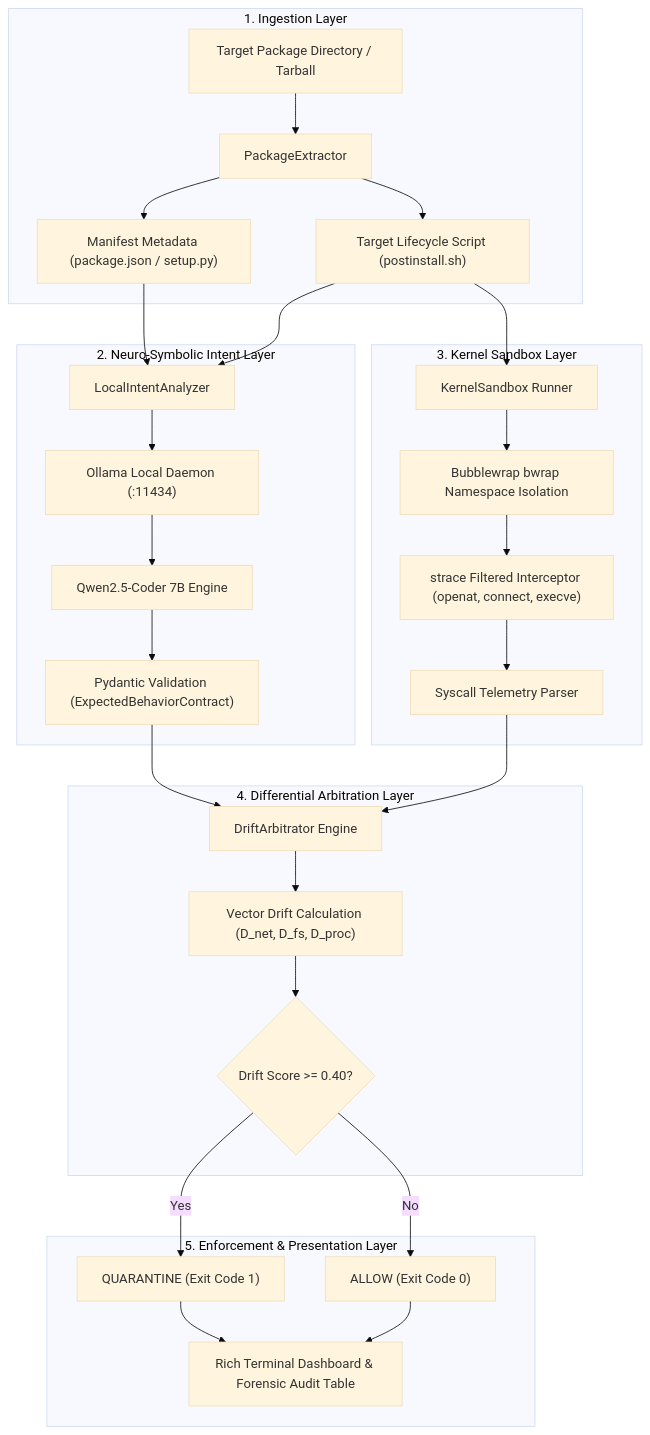
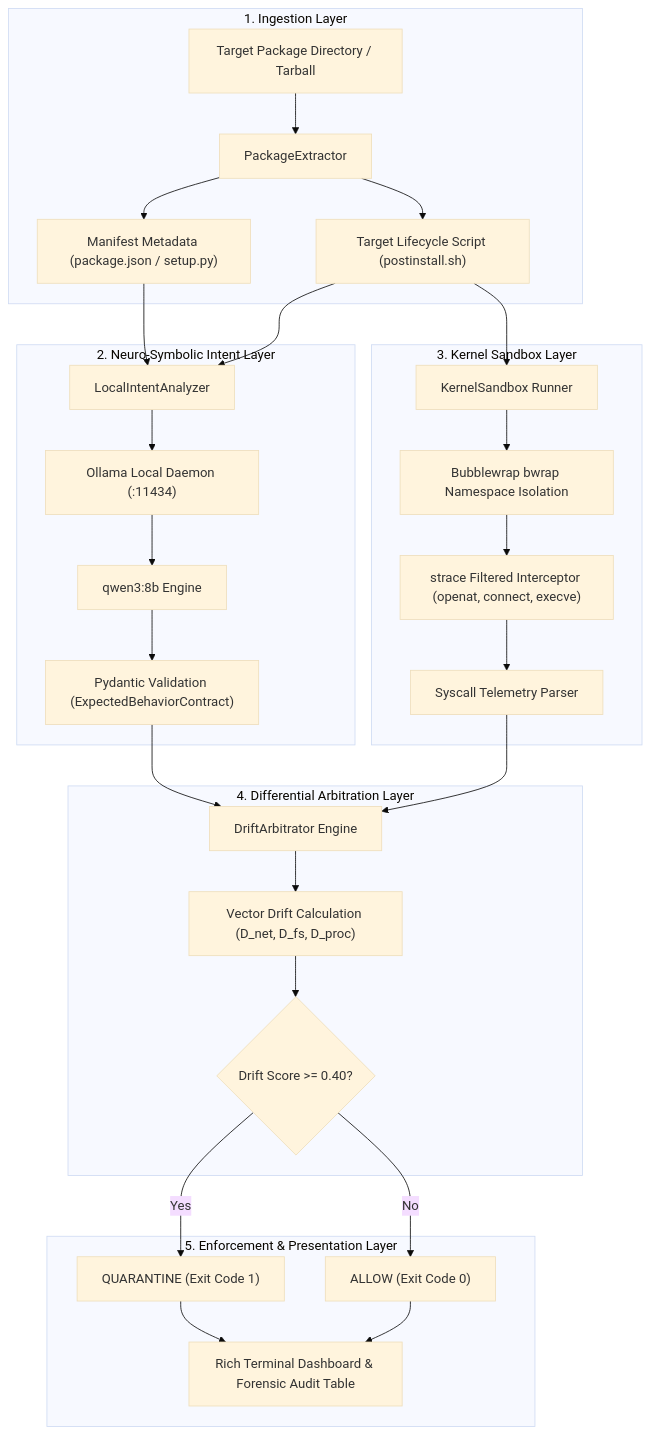
The first of 2 diagrams in README.md (Omsupe15/gatekeeper), drawn with Mermaid (base theme) before and after one commit. The commit also changed other lines of this file, not shown here.

````diff
--- a/README.md
+++ b/README.md
@@ -231,37 +231,37 @@
 ```mermaid
 graph TD
     subgraph INGESTION["1. Ingestion Layer"]
         A["Target Package Directory / Tarball"] --> B["PackageExtractor"]
         B --> C["Manifest Metadata (package.json / setup.py)"]
         B --> D["Target Lifecycle Script (postinstall.sh)"]
     end
 
     subgraph NEURO_SYMBOLIC["2. Neuro-Symbolic Intent Layer"]
         C --> E["LocalIntentAnalyzer"]
         D --> E
         E --> F["Ollama Local Daemon (:11434)"]
-        F --> G["Qwen2.5-Coder 7B Engine"]
+        F --> G["qwen3:8b Engine"]
         G --> H["Pydantic Validation (ExpectedBehaviorContract)"]
     end
 
     subgraph KERNEL_SANDBOX["3. Kernel Sandbox Layer"]
         D --> I["KernelSandbox Runner"]
         I --> J["Bubblewrap bwrap Namespace Isolation"]
         J --> K["strace Filtered Interceptor (openat, connect, execve)"]
         K --> L["Syscall Telemetry Parser"]
     end
 
     subgraph ARBITRATION["4. Differential Arbitration Layer"]
         H --> M["DriftArbitrator Engine"]
         L --> M
         M --> N["Vector Drift Calculation (D_net, D_fs, D_proc)"]
         N --> O{"Drift Score >= 0.40?"}
     end
 
     subgraph ENFORCEMENT["5. Enforcement & Presentation Layer"]
         O -- Yes --> P["QUARANTINE (Exit Code 1)"]
         O -- No --> Q["ALLOW (Exit Code 0)"]
         P --> R["Rich Terminal Dashboard & Forensic Audit Table"]
         Q --> R
     end
 ```
````
